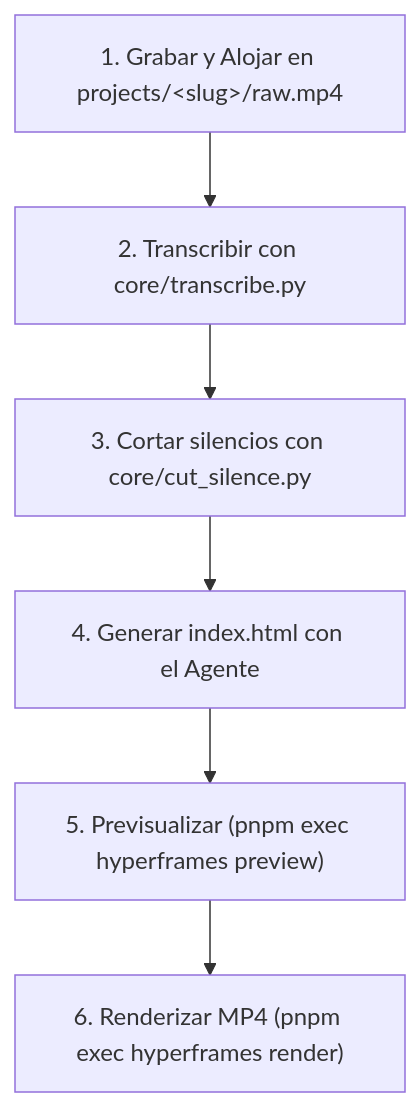
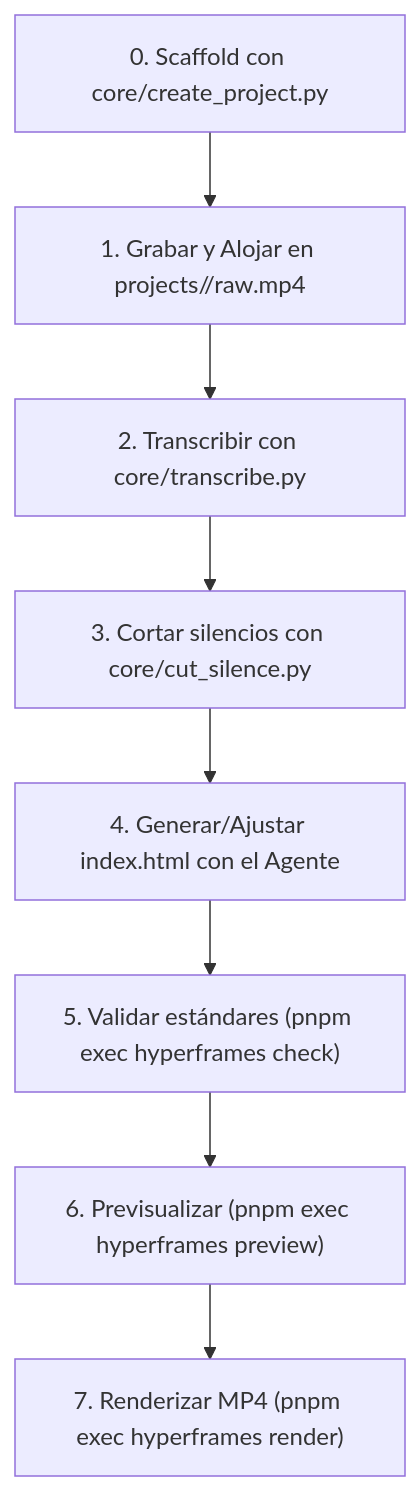
One commit to JorgeDoicela/video-pipeline changed the diagram in docs/05-guia-operativa-y-flujos.md. Above: the diagram before and after it, drawn with Mermaid. The commit also changed other lines of this file and 29 other files, not shown here.

````diff
--- a/docs/05-guia-operativa-y-flujos.md
+++ b/docs/05-guia-operativa-y-flujos.md
@@ -11,8 +11,10 @@
 ```mermaid
 flowchart TD
-    S1["1. Grabar y Alojar en projects/&lt;slug&gt;/raw.mp4"] --> S2["2. Transcribir con core/transcribe.py"]
+    S0["0. Scaffold con core/create_project.py"] --> S1["1. Grabar y Alojar en projects/<slug>/raw.mp4"]
+    S1 --> S2["2. Transcribir con core/transcribe.py"]
     S2 --> S3["3. Cortar silencios con core/cut_silence.py"]
-    S3 --> S4["4. Generar index.html con el Agente"]
-    S4 --> S5["5. Previsualizar (pnpm exec hyperframes preview)"]
-    S5 --> S6["6. Renderizar MP4 (pnpm exec hyperframes render)"]
+    S3 --> S4["4. Generar/Ajustar index.html con el Agente"]
+    S4 --> S5["5. Validar estándares (pnpm exec hyperframes check)"]
+    S5 --> S6["6. Previsualizar (pnpm exec hyperframes preview)"]
+    S6 --> S7["7. Renderizar MP4 (pnpm exec hyperframes render)"]
 ```
````
